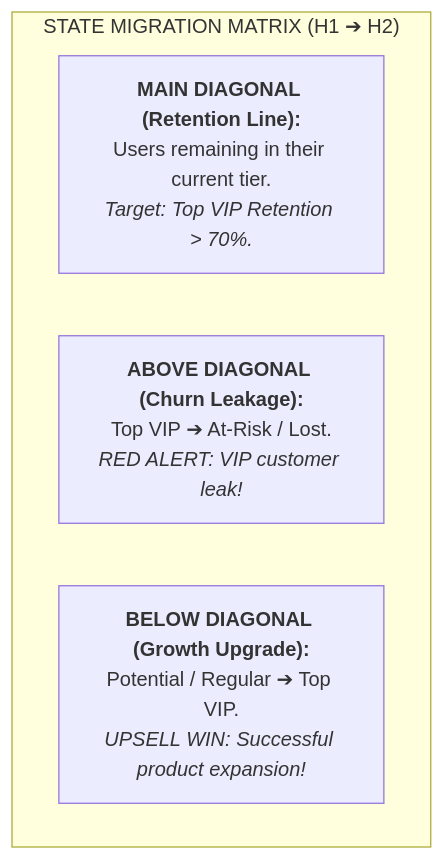
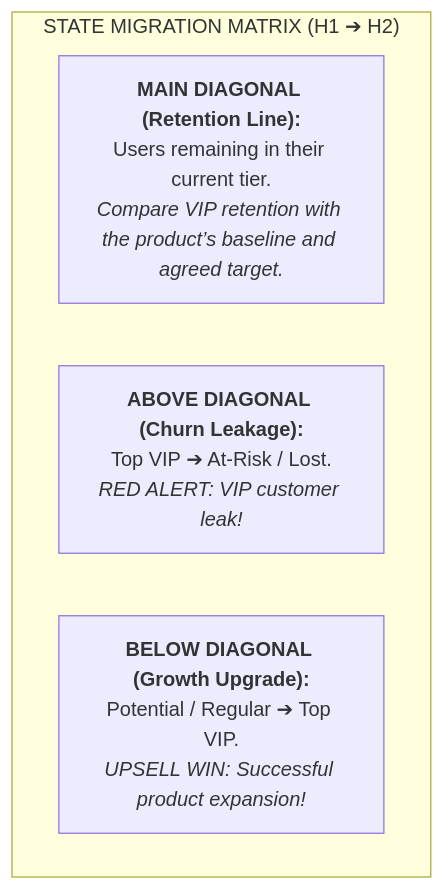
One commit to jimnguyendev/jimmy-kit changed the third of 4 diagrams in skills/analytics/advanced-rfm-segmentation/SKILL.md. Above: the diagram before and after it, drawn with Mermaid. The commit also changed other lines of this file and 92 other files, not shown here.

````diff
--- a/skills/analytics/advanced-rfm-segmentation/SKILL.md
+++ b/skills/analytics/advanced-rfm-segmentation/SKILL.md
@@ -84,8 +88,8 @@
 ```mermaid
 graph TD
     subgraph MIGRATION_MATRIX["STATE MIGRATION MATRIX (H1 ➔ H2)"]
-        DIAG["<b>MAIN DIAGONAL (Retention Line):</b><br/>Users remaining in their current tier.<br/><i>Target: Top VIP Retention > 70%.</i>"]
+        DIAG["<b>MAIN DIAGONAL (Retention Line):</b><br/>Users remaining in their current tier.<br/><i>Compare VIP retention with the product’s baseline and agreed target.</i>"]
         UPPER["<b>ABOVE DIAGONAL (Churn Leakage):</b><br/>Top VIP ➔ At-Risk / Lost.<br/><i>RED ALERT: VIP customer leak!</i>"]
         LOWER["<b>BELOW DIAGONAL (Growth Upgrade):</b><br/>Potential / Regular ➔ Top VIP.<br/><i>UPSELL WIN: Successful product expansion!</i>"]
     end
 ```
````
